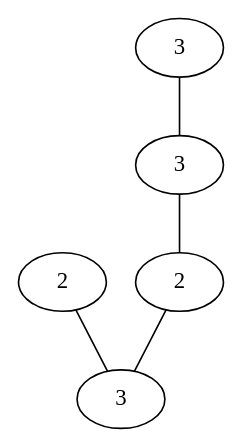
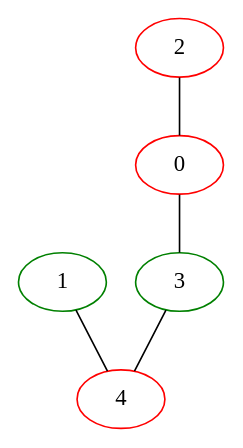
Before and after one commit to FEDOROV-ALEXANDER/Course-Project-Visualization-graph-Cpp: the diagram in graph.dot, drawn with Graphviz. The commit also changed 2 other files, not shown here.

```diff
--- a/graph.dot
+++ b/graph.dot
@@ -1,11 +1,11 @@
 graph G {
-0[label=3];
-1[label=2];
-2[label=3];
-3[label=2];
-4[label=3];
+0[color=red];
+1[color=green];
+2[color=red];
+3[color=green];
+4[color=red];
 2--0 ;
 0--3 ;
 1--4 ;
 3--4 ;
 }
```
